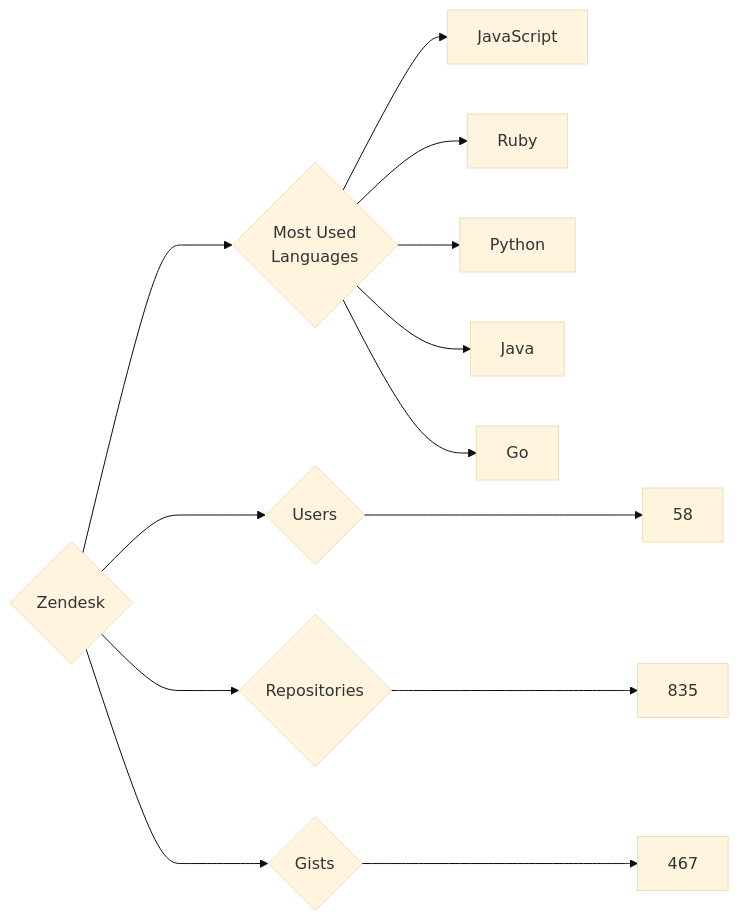
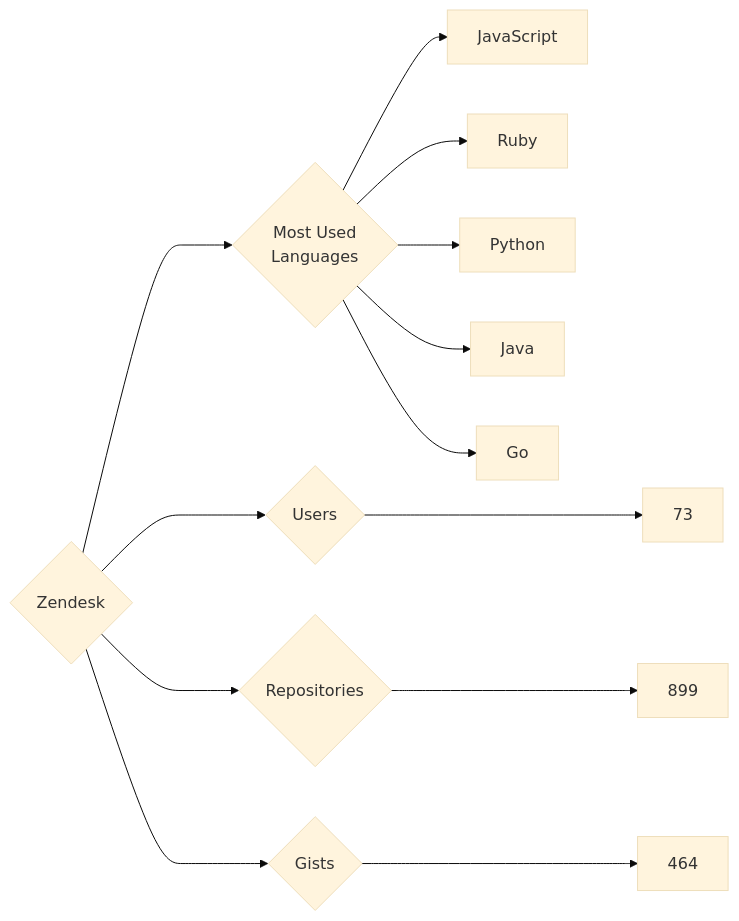
One commit to trickest/insiders changed the diagram in targets/Zendesk/README.md. Above: the diagram before and after it, drawn with Mermaid (base theme). The commit also changed 898 other files, not shown here.

````diff
--- a/targets/Zendesk/README.md
+++ b/targets/Zendesk/README.md
@@ -3,13 +3,13 @@
 ```mermaid
 graph LR
 COMPANY_NAME{Zendesk}
-COMPANY_NAME ---> U{Users} ---> UN[58]
-COMPANY_NAME ---> R{Repositories} ---> RN[835]
-COMPANY_NAME ---> G{Gists} ---> GN[467]
+COMPANY_NAME ---> U{Users} ---> UN[73]
+COMPANY_NAME ---> R{Repositories} ---> RN[899]
+COMPANY_NAME ---> G{Gists} ---> GN[464]
 COMPANY_NAME ---> ML{Most Used<br>Languages}
 ML --> JavaScript[JavaScript]
 ML --> Ruby[Ruby]
 ML --> Python[Python]
 ML --> Java[Java]
 ML --> Go[Go]
 ```
````
